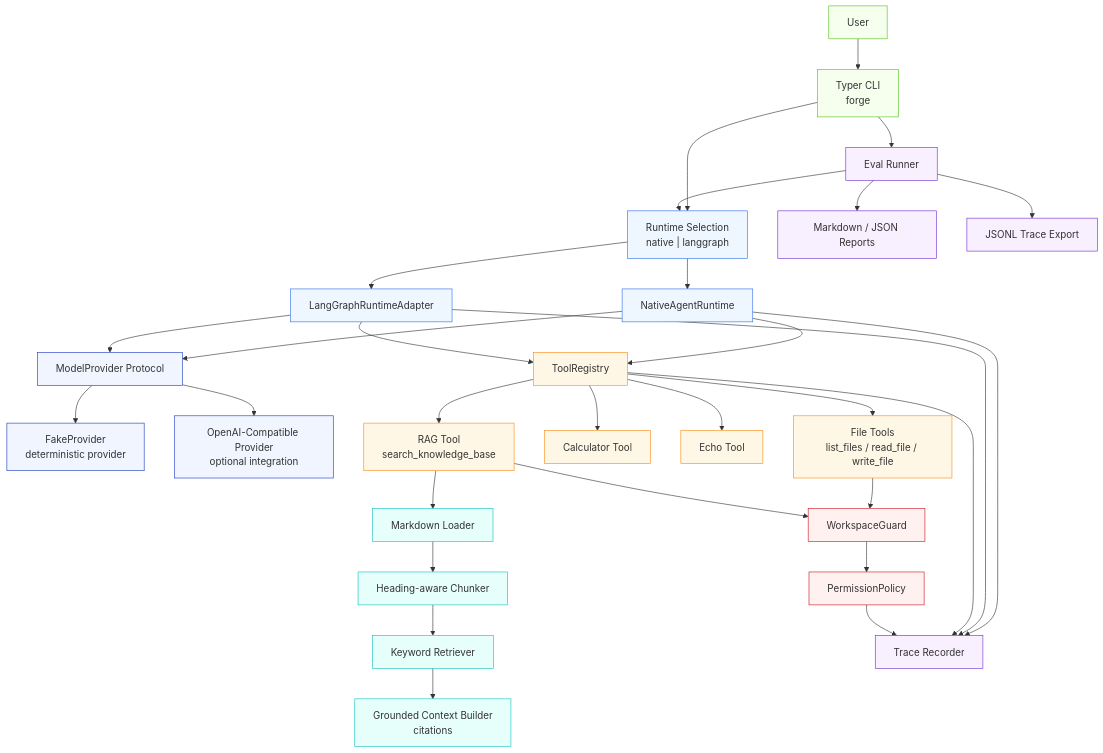
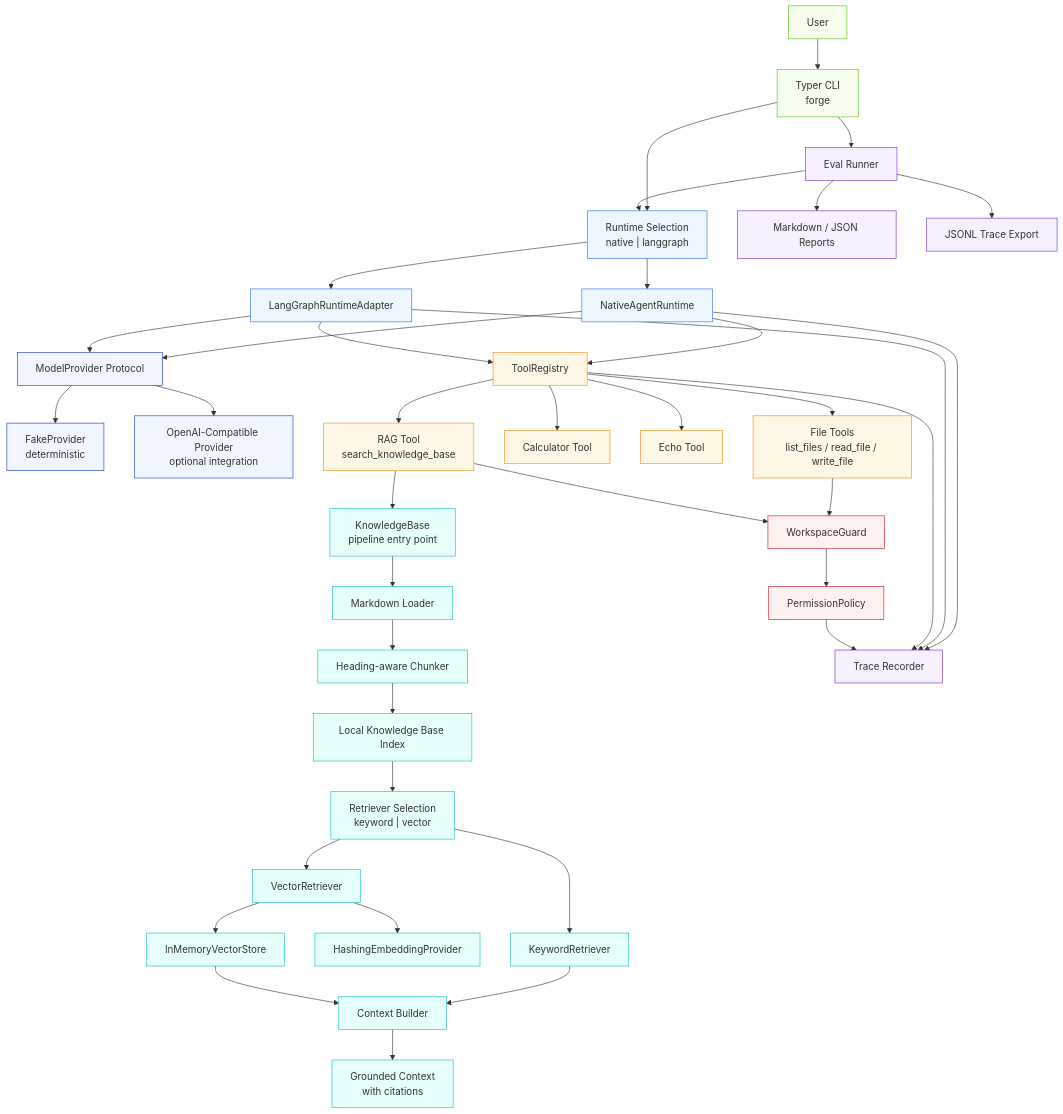
The first of 3 diagrams in README.md (Dreamer-Sea/forge-agent), drawn with Mermaid before and after one commit. The commit also changed other lines of this file, not shown here.

Commit message:
docs(rag): update README for selectable rag retrievers

````diff
--- a/README.md
+++ b/README.md
@@ -52,59 +65,67 @@
 ```mermaid
 flowchart TD
     User["User"] --> CLI["Typer CLI<br/>forge"]
 
     CLI --> RuntimeSelection["Runtime Selection<br/>native | langgraph"]
-
     RuntimeSelection --> NativeRuntime["NativeAgentRuntime"]
     RuntimeSelection --> LangGraphRuntime["LangGraphRuntimeAdapter"]
 
     NativeRuntime --> Provider["ModelProvider Protocol"]
     LangGraphRuntime --> Provider
-
-    Provider --> FakeProvider["FakeProvider<br/>deterministic provider"]
+    Provider --> FakeProvider["FakeProvider<br/>deterministic"]
     Provider --> OpenAICompatibleProvider["OpenAI-Compatible Provider<br/>optional integration"]
 
     NativeRuntime --> ToolRegistry["ToolRegistry"]
     LangGraphRuntime --> ToolRegistry
 
     ToolRegistry --> FileTools["File Tools<br/>list_files / read_file / write_file"]
     ToolRegistry --> CalculatorTool["Calculator Tool"]
     ToolRegistry --> EchoTool["Echo Tool"]
     ToolRegistry --> RagTool["RAG Tool<br/>search_knowledge_base"]
 
     FileTools --> WorkspaceGuard["WorkspaceGuard"]
     RagTool --> WorkspaceGuard
-
     WorkspaceGuard --> PermissionPolicy["PermissionPolicy"]
 
-    RagTool --> MarkdownLoader["Markdown Loader"]
-    MarkdownLoader --> Chunker["Heading-aware Chunker"]
-    Chunker --> Retriever["Keyword Retriever"]
-    Retriever --> ContextBuilder["Grounded Context Builder<br/>citations"]
+    RagTool --> KnowledgeBase["KnowledgeBase<br/>pipeline entry point"]
+    KnowledgeBase --> Loader["Markdown Loader"]
+    Loader --> Chunker["Heading-aware Chunker"]
+    Chunker --> Index["Local Knowledge Base Index"]
+
+    Index --> RetrieverSelection["Retriever Selection<br/>keyword | vector"]
+    RetrieverSelection --> KeywordRetriever["KeywordRetriever"]
+    RetrieverSelection --> VectorRetriever["VectorRetriever"]
+
+    VectorRetriever --> EmbeddingProvider["HashingEmbeddingProvider"]
+    VectorRetriever --> VectorStore["InMemoryVectorStore"]
+
+    KeywordRetriever --> ContextBuilder["Context Builder"]
+    VectorStore --> ContextBuilder
+    ContextBuilder --> Citations["Grounded Context<br/>with citations"]
 
     NativeRuntime --> TraceRecorder["Trace Recorder"]
     LangGraphRuntime --> TraceRecorder
     ToolRegistry --> TraceRecorder
     PermissionPolicy --> TraceRecorder
 
     CLI --> EvalRunner["Eval Runner"]
     EvalRunner --> RuntimeSelection
     EvalRunner --> Reports["Markdown / JSON Reports"]
     EvalRunner --> TraceExport["JSONL Trace Export"]
 
     classDef entry fill:#f6ffed,stroke:#52c41a,stroke-width:1px;
     classDef runtime fill:#eef6ff,stroke:#2f6feb,stroke-width:1px;
     classDef provider fill:#f0f5ff,stroke:#1d39c4,stroke-width:1px;
     classDef tool fill:#fff7e6,stroke:#fa8c16,stroke-width:1px;
     classDef rag fill:#e6fffb,stroke:#13c2c2,stroke-width:1px;
     classDef security fill:#fff1f0,stroke:#cf1322,stroke-width:1px;
     classDef eval fill:#f9f0ff,stroke:#722ed1,stroke-width:1px;
 
     class User,CLI entry;
     class RuntimeSelection,NativeRuntime,LangGraphRuntime runtime;
     class Provider,FakeProvider,OpenAICompatibleProvider provider;
     class ToolRegistry,FileTools,CalculatorTool,EchoTool,RagTool tool;
-    class MarkdownLoader,Chunker,Retriever,ContextBuilder rag;
+    class KnowledgeBase,Loader,Chunker,Index,RetrieverSelection,KeywordRetriever,VectorRetriever,EmbeddingProvider,VectorStore,ContextBuilder,Citations rag;
     class WorkspaceGuard,PermissionPolicy security;
     class TraceRecorder,EvalRunner,Reports,TraceExport eval;
 ```
````
